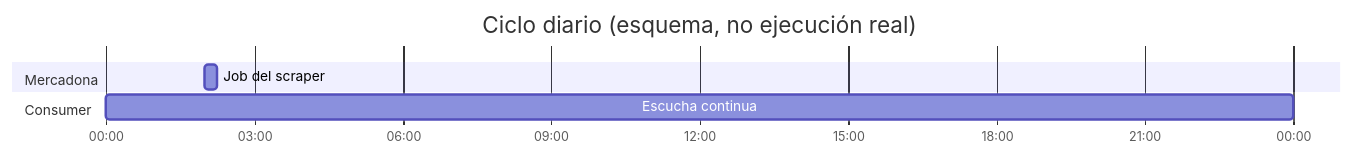
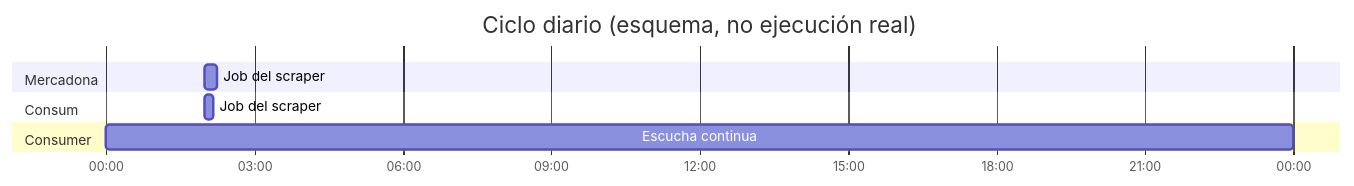
One commit to TheMinimalOwl/PTI-Q26-27-TARDOR changed the third of 3 diagrams in flujo-entrada/docs/02-flujo-datos.md. Above: the diagram before and after it, drawn with Mermaid. The commit also changed other lines of this file and 29 other files, not shown here.

````diff
--- a/flujo-entrada/docs/02-flujo-datos.md
+++ b/flujo-entrada/docs/02-flujo-datos.md
@@ -77,10 +77,12 @@
 ```mermaid
 gantt
   title Ciclo diario (esquema, no ejecución real)
   dateFormat HH:mm
   axisFormat %H:%M
   section Mercadona
   Job del scraper        :02:00, 15m
+  section Consum
+  Job del scraper        :02:00, 10m
   section Consumer
   Escucha continua       :00:00, 24h
 ```
````
